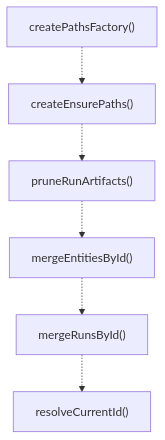
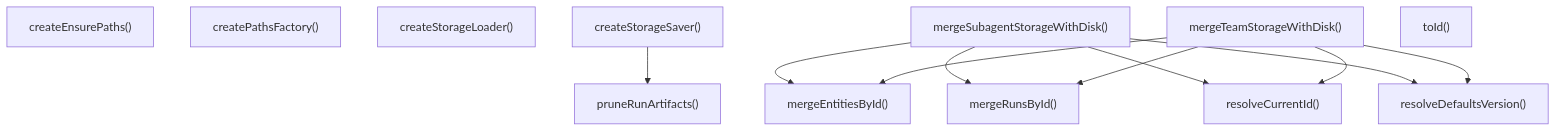
Before and after one commit to Mekann2904/mekann: the third of 4 diagrams in ABDD/.pi/lib/storage-base.md, drawn with Mermaid. The commit also changed other lines of this file and 277 other files, not shown here.

````diff
--- a/ABDD/.pi/lib/storage-base.md
+++ b/ABDD/.pi/lib/storage-base.md
@@ -112,14 +112,24 @@
 ```mermaid
 flowchart TD
+  createEnsurePaths["createEnsurePaths()"]
   createPathsFactory["createPathsFactory()"]
-  createEnsurePaths["createEnsurePaths()"]
-  pruneRunArtifacts["pruneRunArtifacts()"]
+  createStorageLoader["createStorageLoader()"]
+  createStorageSaver["createStorageSaver()"]
   mergeEntitiesById["mergeEntitiesById()"]
   mergeRunsById["mergeRunsById()"]
+  mergeSubagentStorageWithDisk["mergeSubagentStorageWithDisk()"]
+  mergeTeamStorageWithDisk["mergeTeamStorageWithDisk()"]
+  pruneRunArtifacts["pruneRunArtifacts()"]
   resolveCurrentId["resolveCurrentId()"]
-  createPathsFactory -.-> createEnsurePaths
-  createEnsurePaths -.-> pruneRunArtifacts
-  pruneRunArtifacts -.-> mergeEntitiesById
-  mergeEntitiesById -.-> mergeRunsById
-  mergeRunsById -.-> resolveCurrentId
+  resolveDefaultsVersion["resolveDefaultsVersion()"]
+  toId["toId()"]
+  createStorageSaver --> pruneRunArtifacts
+  mergeSubagentStorageWithDisk --> mergeEntitiesById
+  mergeSubagentStorageWithDisk --> mergeRunsById
+  mergeSubagentStorageWithDisk --> resolveCurrentId
+  mergeSubagentStorageWithDisk --> resolveDefaultsVersion
+  mergeTeamStorageWithDisk --> mergeEntitiesById
+  mergeTeamStorageWithDisk --> mergeRunsById
+  mergeTeamStorageWithDisk --> resolveCurrentId
+  mergeTeamStorageWithDisk --> resolveDefaultsVersion
 ```
````
